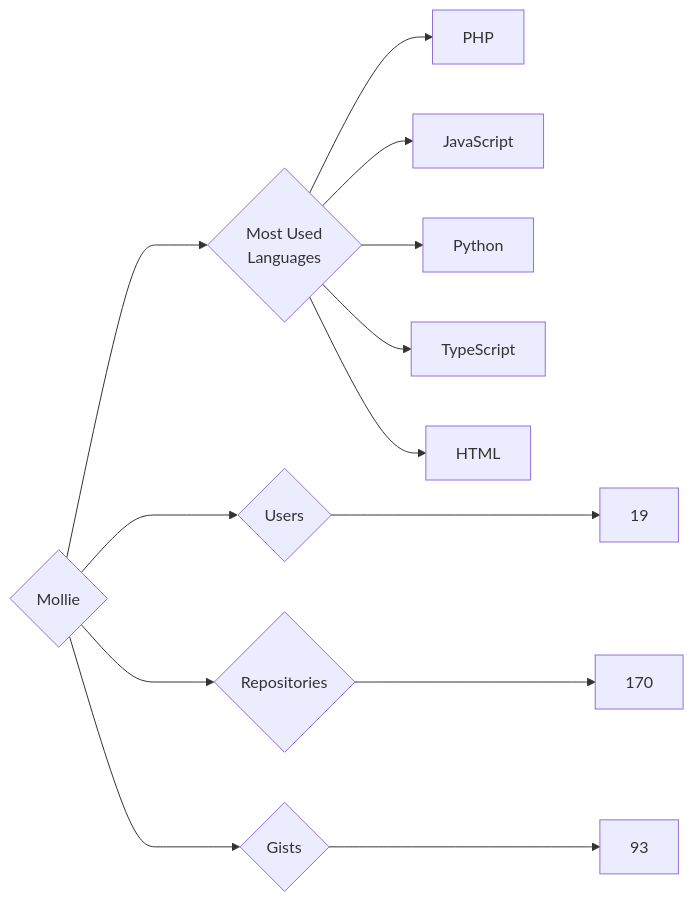
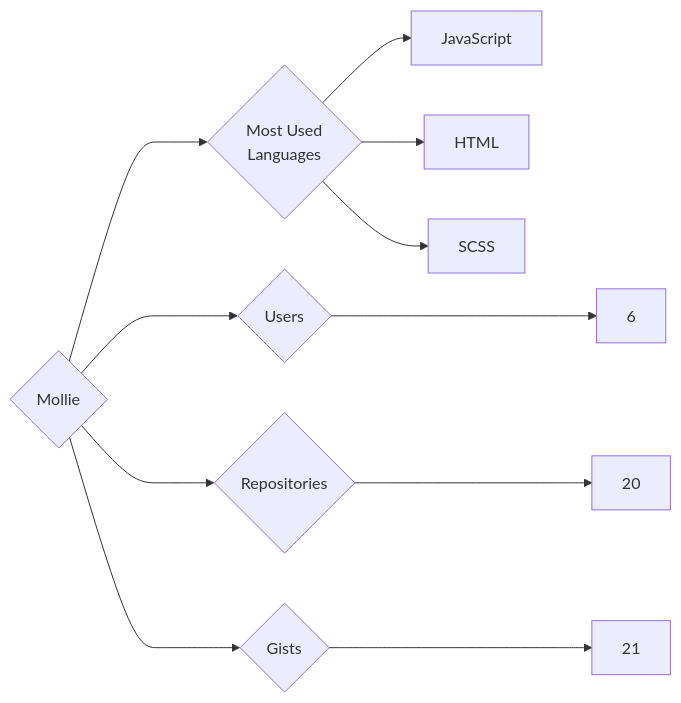
Before and after one commit to trickest/insiders: the diagram in targets/Mollie/README.md, drawn with Mermaid. The commit also changed 582 other files, not shown here.

````diff
--- a/targets/Mollie/README.md
+++ b/targets/Mollie/README.md
@@ -3,13 +3,11 @@
 ```mermaid
 graph LR
 COMPANY_NAME{Mollie}
-COMPANY_NAME ---> U{Users} ---> UN[19]
-COMPANY_NAME ---> R{Repositories} ---> RN[170]
-COMPANY_NAME ---> G{Gists} ---> GN[93]
+COMPANY_NAME ---> U{Users} ---> UN[6]
+COMPANY_NAME ---> R{Repositories} ---> RN[20]
+COMPANY_NAME ---> G{Gists} ---> GN[21]
 COMPANY_NAME ---> ML{Most Used<br>Languages}
-ML --> PHP[PHP]
 ML --> JavaScript[JavaScript]
-ML --> Python[Python]
-ML --> TypeScript[TypeScript]
 ML --> HTML[HTML]
+ML --> SCSS[SCSS]
 ```
````
